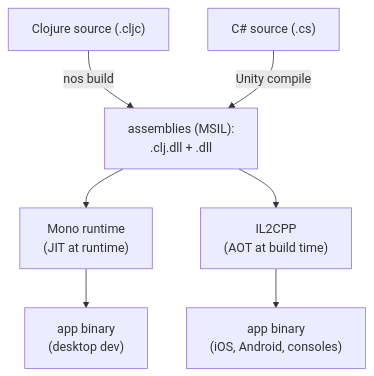
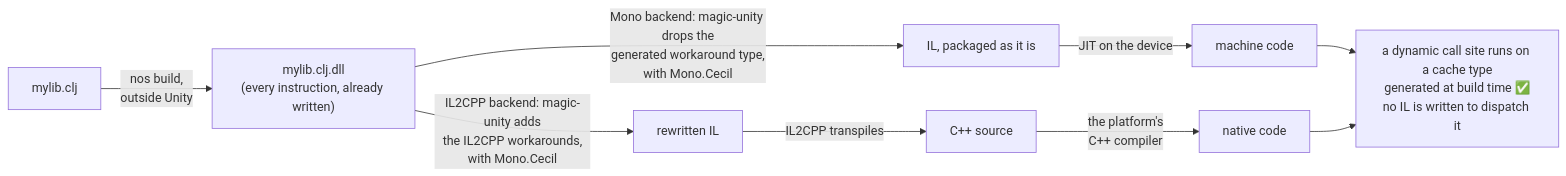
One commit to flybot-sg/magic changed the second of 3 diagrams in docs/why-magic.md. Above: the diagram before and after it, drawn with Mermaid. The commit also changed other lines of this file and 21 other files, not shown here.

````diff
--- a/docs/why-magic.md
+++ b/docs/why-magic.md
@@ -39,9 +39,14 @@
 ```mermaid
-flowchart TD
-    A["Clojure source (.cljc)"] -->|nos build| ASM["assemblies (MSIL):<br/>.clj.dll + .dll"]
-    B["C# source (.cs)"] -->|Unity compile| ASM
-    ASM --> MONO["Mono runtime<br/>(JIT at runtime)"]
-    ASM --> IL2CPP["IL2CPP<br/>(AOT at build time)"]
-    MONO --> MB["app binary<br/>(desktop dev)"]
-    IL2CPP --> IB["app binary<br/>(iOS, Android, consoles)"]
+flowchart LR
+    clj["mylib.clj"] -->|"nos build,<br/>outside Unity"| dll["mylib.clj.dll<br/>(every instruction, already written)"]
+
+    dll -->|"Mono backend: magic-unity drops the<br/>generated workaround type,<br/>with Mono.Cecil"| mil["IL, packaged as it is"]
+    mil -->|"JIT on the device"| mach["machine code"]
+
+    dll -->|"IL2CPP backend: magic-unity adds<br/>the IL2CPP workarounds,<br/>with Mono.Cecil"| iil["rewritten IL"]
+    iil -->|"IL2CPP transpiles"| cpp["C++ source"]
+    cpp -->|"the platform's<br/>C++ compiler"| nat["native code"]
+
+    mach --> site["a dynamic call site runs on a cache type<br/>generated at build time ✅<br/>no IL is written to dispatch it"]
+    nat --> site
 ```
````
